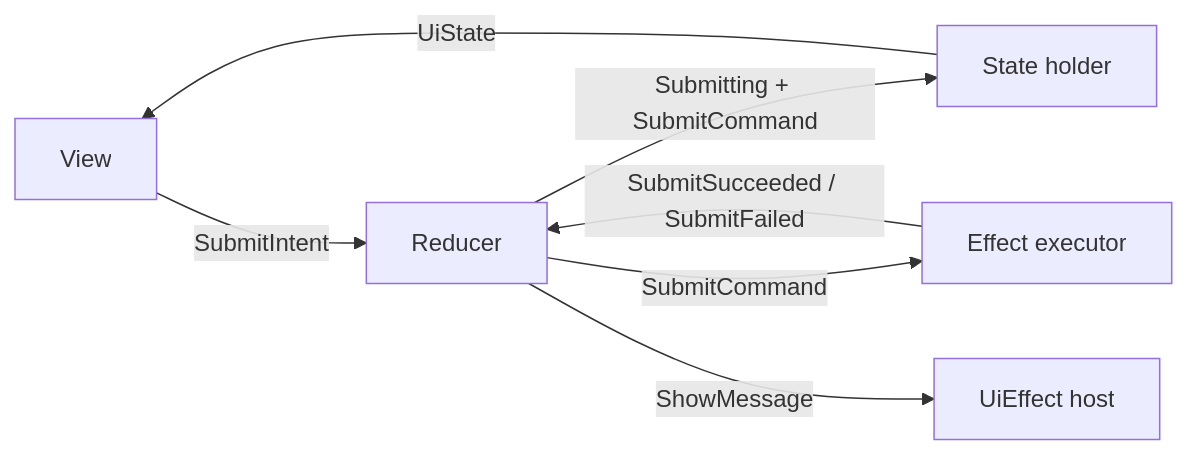
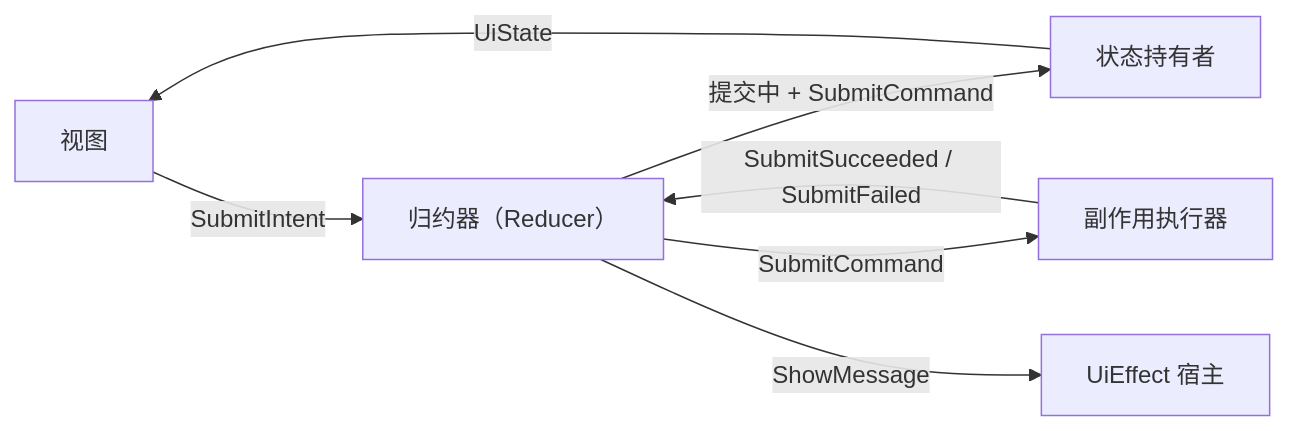
Before and after one commit to s-charvin/ai-delivery-kit: the first of 3 diagrams in .agents-zh/skills/ai-delivery-orchestrator/templates/design-state-flow-example.md, drawn with Mermaid. The commit also changed other lines of this file and 8 other files, not shown here.

````diff
--- a/.agents-zh/skills/ai-delivery-orchestrator/templates/design-state-flow-example.md
+++ b/.agents-zh/skills/ai-delivery-orchestrator/templates/design-state-flow-example.md
@@ -18,9 +20,9 @@
 ```mermaid
 flowchart LR
-  V[View] -->|SubmitIntent| R[Reducer]
-  R -->|Submitting + SubmitCommand| S[State holder]
+  V[视图] -->|SubmitIntent| R[归约器（Reducer）]
+  R -->|提交中 + SubmitCommand| S[状态持有者]
   S -->|UiState| V
-  R -->|SubmitCommand| E[Effect executor]
+  R -->|SubmitCommand| E[副作用执行器]
   E -->|SubmitSucceeded / SubmitFailed| R
-  R -->|ShowMessage| X[UiEffect host]
+  R -->|ShowMessage| X[UiEffect 宿主]
 ```
````
